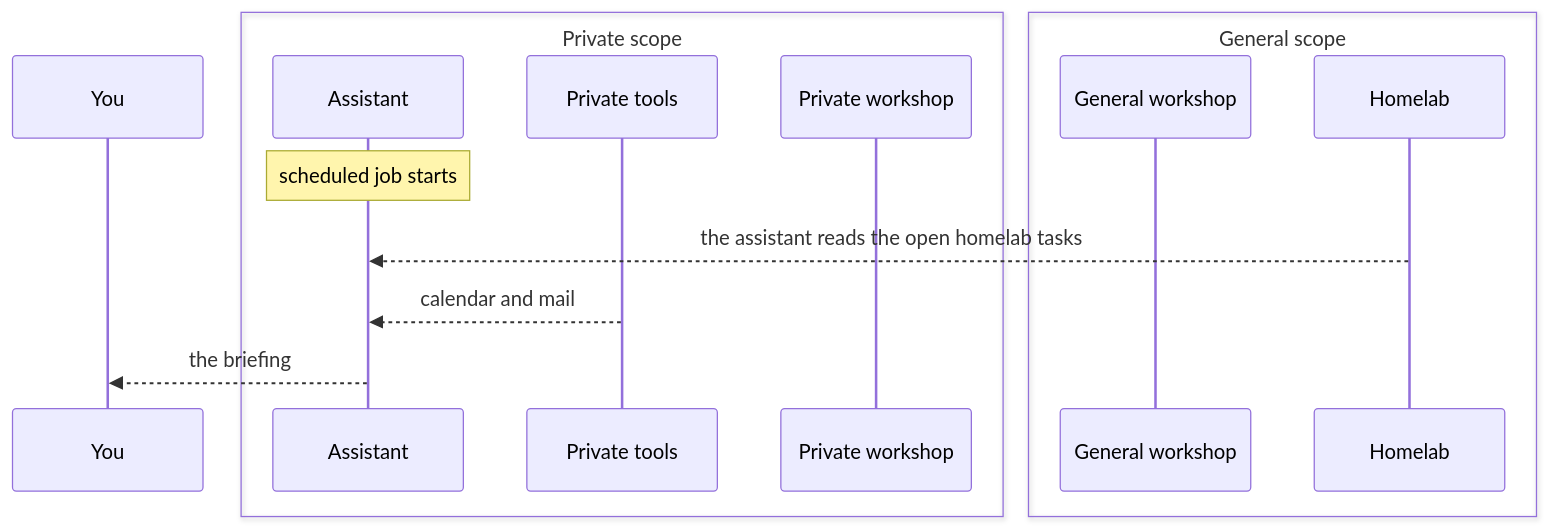
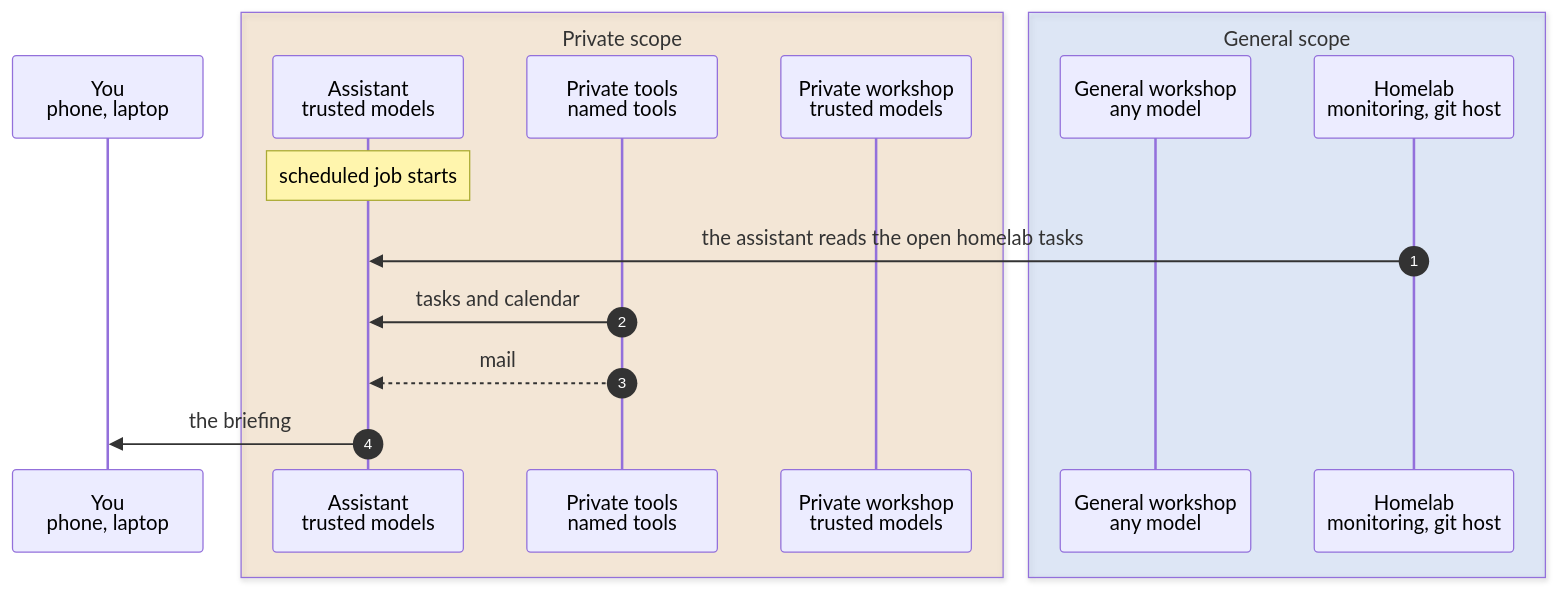
Before and after one commit to h-wb/home-ops: the second of 8 diagrams in kubernetes/apps/main/llm/docs/flows.md, drawn with Mermaid. The commit also changed other lines of this file and 26 other files, not shown here.

````diff
--- a/kubernetes/apps/main/llm/docs/flows.md
+++ b/kubernetes/apps/main/llm/docs/flows.md
@@ -79,17 +67,19 @@
 ```mermaid
 sequenceDiagram
-    participant Y as You
-    box Private scope
-        participant H as Assistant
-        participant T as Private tools
-        participant P as Private workshop
+    autonumber
+    participant Y as You<br/>phone, laptop
+    box rgba(240,170,82,0.18) Private scope
+        participant H as Assistant<br/>trusted models
+        participant T as Private tools<br/>named tools
+        participant P as Private workshop<br/>trusted models
     end
-    box General scope
-        participant G as General workshop
-        participant X as Homelab
+    box rgba(120,174,252,0.18) General scope
+        participant G as General workshop<br/>any model
+        participant X as Homelab<br/>monitoring, git host
     end
     Note over H: scheduled job starts
-    X-->>H: the assistant reads the open homelab tasks
-    T-->>H: calendar and mail
-    H-->>Y: the briefing
+    X->>H: the assistant reads the open homelab tasks
+    T->>H: tasks and calendar
+    T-->>H: mail
+    H->>Y: the briefing
 ```
````
